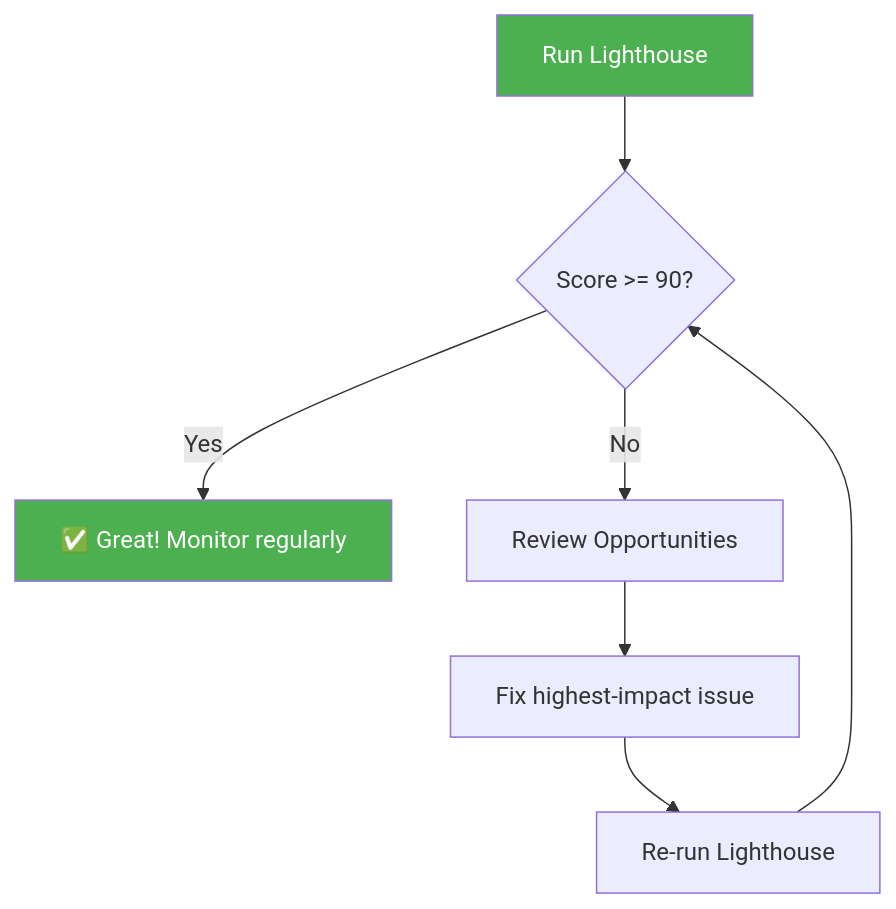
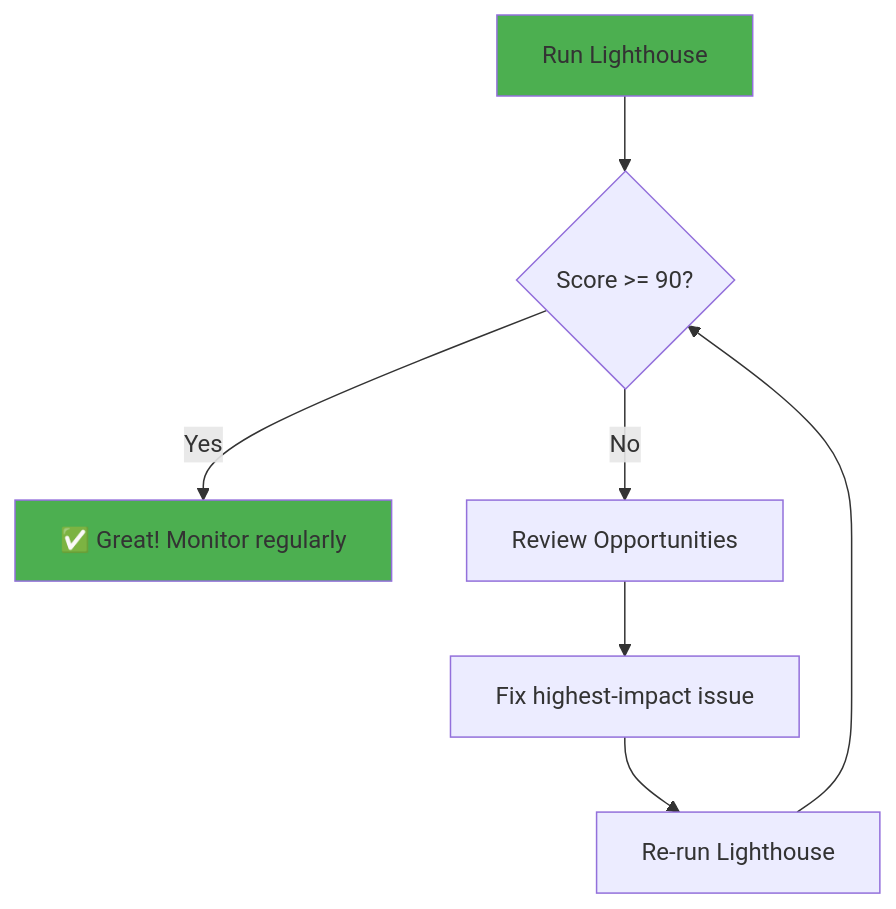
Before and after one commit to Anuhyaaa/web-optimization: the eighth of 35 diagrams in readme.md, drawn with Mermaid. The commit also changed other lines of this file and 1 other file, not shown here.

Commit message:
Fix Mermaid diagram text visibility by removing invalid color:white syntax

````diff
--- a/readme.md
+++ b/readme.md
@@ -477,12 +477,12 @@
 ```mermaid
 flowchart TD
     A[Run Lighthouse] --> B{Score >= 90?}
     B -->|Yes| C[✅ Great! Monitor regularly]
     B -->|No| D[Review Opportunities]
     D --> E[Fix highest-impact issue]
     E --> F[Re-run Lighthouse]
     F --> B
     
-    style A fill:#4CAF50,color:white
-    style C fill:#4CAF50,color:white
+    style A fill:#4CAF50
+    style C fill:#4CAF50
 ```
````
